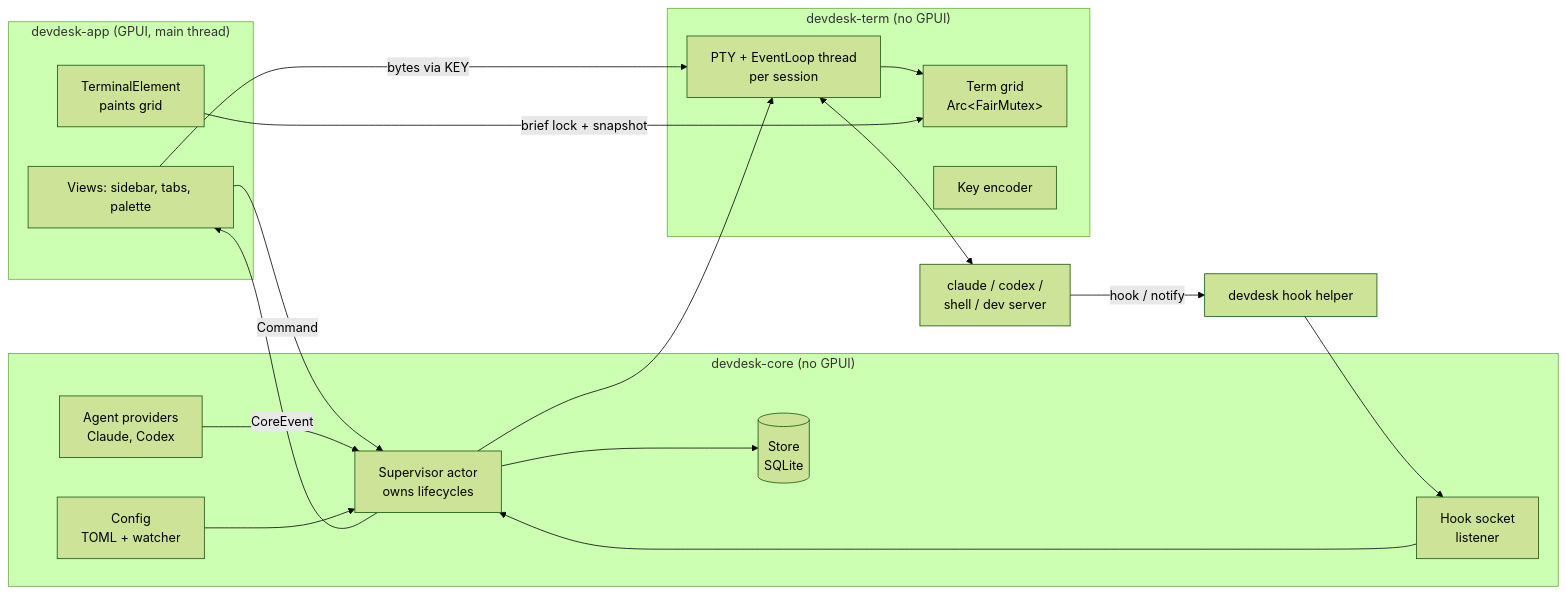
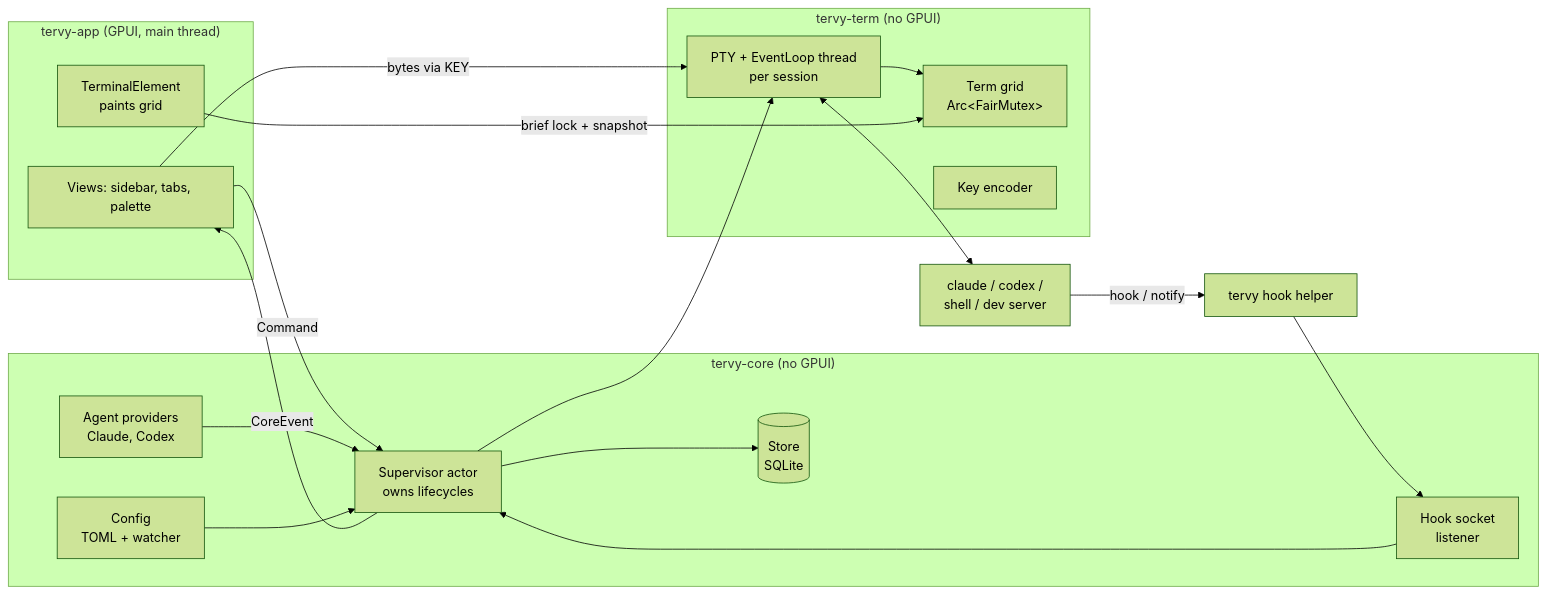
One commit to jringeisen/tervy changed the first of 5 diagrams in docs/architecture.md. Above: the diagram before and after it, drawn with Mermaid (forest theme). The commit also changed other lines of this file and 213 other files, not shown here.

Commit message:
Release Tervy 0.1.7 with in-app updates

````diff
--- a/docs/architecture.md
+++ b/docs/architecture.md
@@ -19,33 +19,33 @@
 ```mermaid
 flowchart LR
-    subgraph app["devdesk-app (GPUI, main thread)"]
+    subgraph app["tervy-app (GPUI, main thread)"]
         UI[Views: sidebar, tabs, palette]
         TE[TerminalElement<br/>paints grid]
     end
-    subgraph core["devdesk-core (no GPUI)"]
+    subgraph core["tervy-core (no GPUI)"]
         SUP[Supervisor actor<br/>owns lifecycles]
         CFG[Config<br/>TOML + watcher]
         ST[(Store<br/>SQLite)]
         AG[Agent providers<br/>Claude, Codex]
         IPC[Hook socket<br/>listener]
     end
-    subgraph term["devdesk-term (no GPUI)"]
+    subgraph term["tervy-term (no GPUI)"]
         PTY[PTY + EventLoop thread<br/>per session]
         T[Term grid<br/>Arc&lt;FairMutex&gt;]
         KEY[Key encoder]
     end
     CLI[claude / codex /<br/>shell / dev server]
-    HOOK[devdesk hook helper]
+    HOOK[tervy hook helper]
 
     UI -- Command --> SUP
     SUP -- CoreEvent --> UI
     SUP --> PTY
     AG --> SUP
     CFG --> SUP
     SUP --> ST
     PTY <--> CLI
     PTY --> T
     TE -- brief lock + snapshot --> T
     UI -- bytes via KEY --> PTY
     CLI -- hook / notify --> HOOK --> IPC --> SUP
 ```
````
